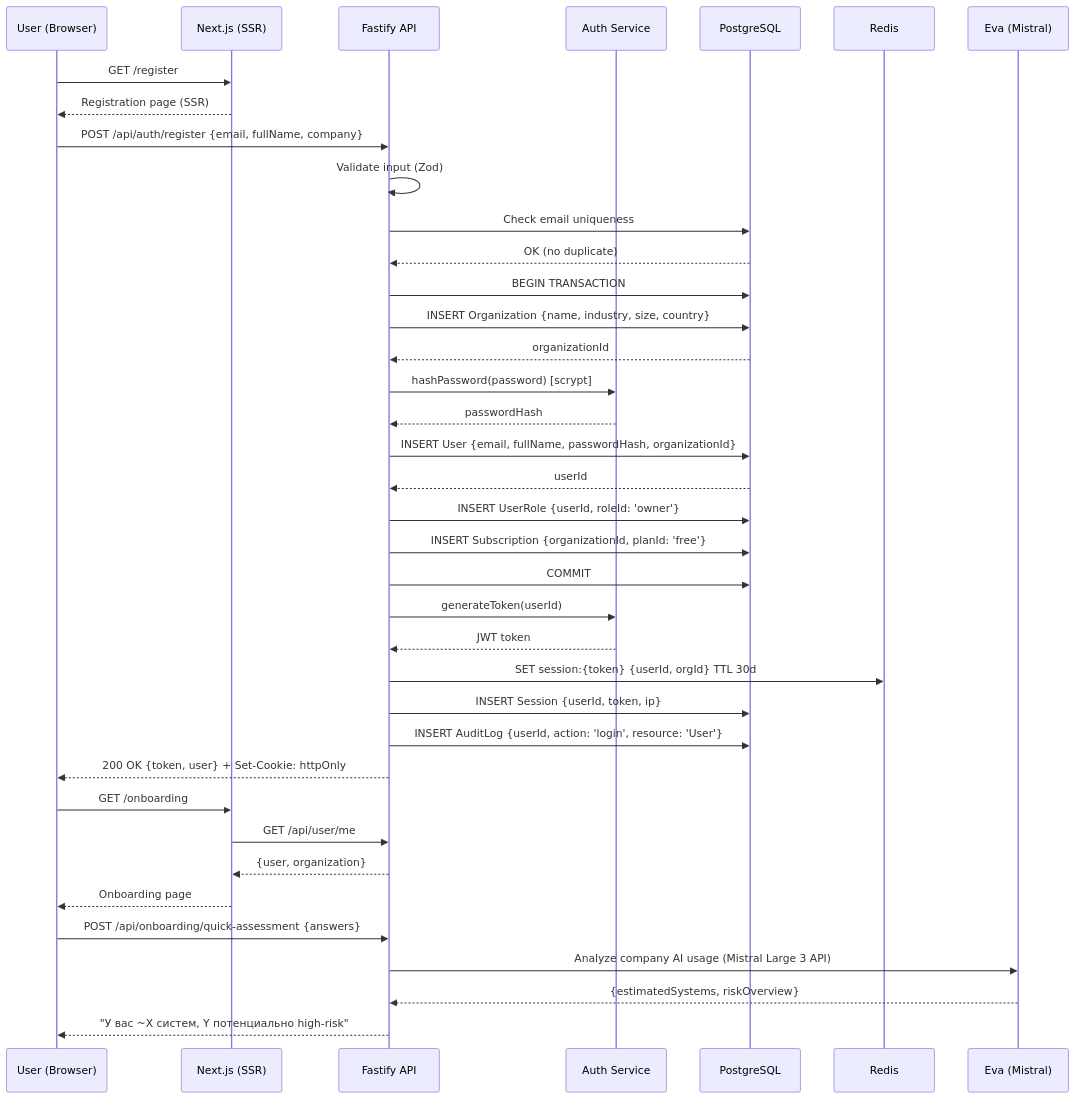
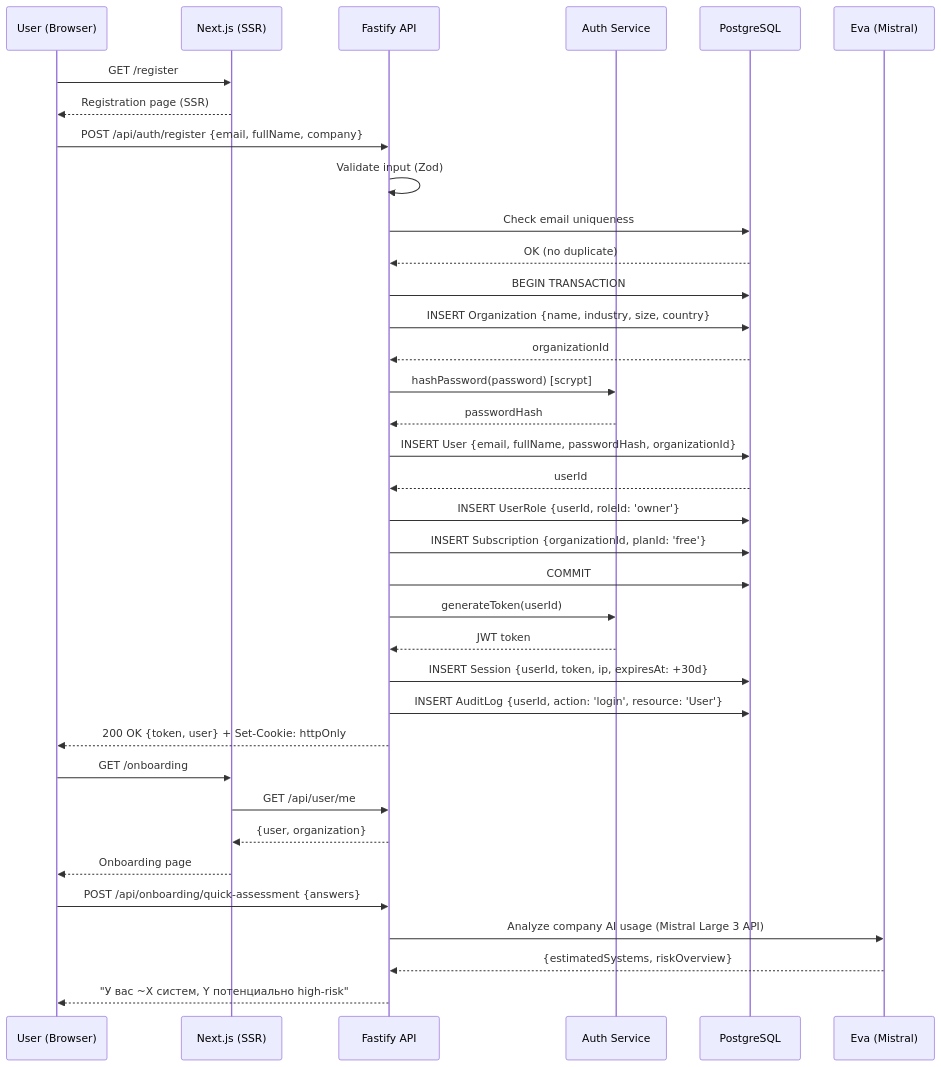
One commit to complior/complior changed the first of 10 diagrams in docs/DATA-FLOWS.md. Above: the diagram before and after it, drawn with Mermaid. The commit also changed other lines of this file and 2 other files, not shown here.

First line of the commit message:
docs: replace BullMQ+Redis with pg-boss (PostgreSQL-native) for MVP

````diff
--- a/docs/DATA-FLOWS.md
+++ b/docs/DATA-FLOWS.md
@@ -13,47 +13,45 @@
 ```mermaid
 sequenceDiagram
     participant User as User (Browser)
     participant Next as Next.js (SSR)
     participant API as Fastify API
     participant Auth as Auth Service
     participant DB as PostgreSQL
-    participant Redis as Redis
     participant Eva as Eva (Mistral)
 
     User->>Next: GET /register
     Next-->>User: Registration page (SSR)
 
     User->>API: POST /api/auth/register {email, fullName, company}
     API->>API: Validate input (Zod)
     API->>DB: Check email uniqueness
     DB-->>API: OK (no duplicate)
 
     API->>DB: BEGIN TRANSACTION
     API->>DB: INSERT Organization {name, industry, size, country}
     DB-->>API: organizationId
     API->>Auth: hashPassword(password) [scrypt]
     Auth-->>API: passwordHash
     API->>DB: INSERT User {email, fullName, passwordHash, organizationId}
     DB-->>API: userId
     API->>DB: INSERT UserRole {userId, roleId: 'owner'}
     API->>DB: INSERT Subscription {organizationId, planId: 'free'}
     API->>DB: COMMIT
 
     API->>Auth: generateToken(userId)
     Auth-->>API: JWT token
-    API->>Redis: SET session:{token} {userId, orgId} TTL 30d
-    API->>DB: INSERT Session {userId, token, ip}
+    API->>DB: INSERT Session {userId, token, ip, expiresAt: +30d}
     API->>DB: INSERT AuditLog {userId, action: 'login', resource: 'User'}
 
     API-->>User: 200 OK {token, user} + Set-Cookie: httpOnly
 
     User->>Next: GET /onboarding
     Next->>API: GET /api/user/me
     API-->>Next: {user, organization}
     Next-->>User: Onboarding page
 
     User->>API: POST /api/onboarding/quick-assessment {answers}
     API->>Eva: Analyze company AI usage (Mistral Large 3 API)
     Eva-->>API: {estimatedSystems, riskOverview}
     API-->>User: "У вас ~X систем, Y потенциально high-risk"
 ```
````
